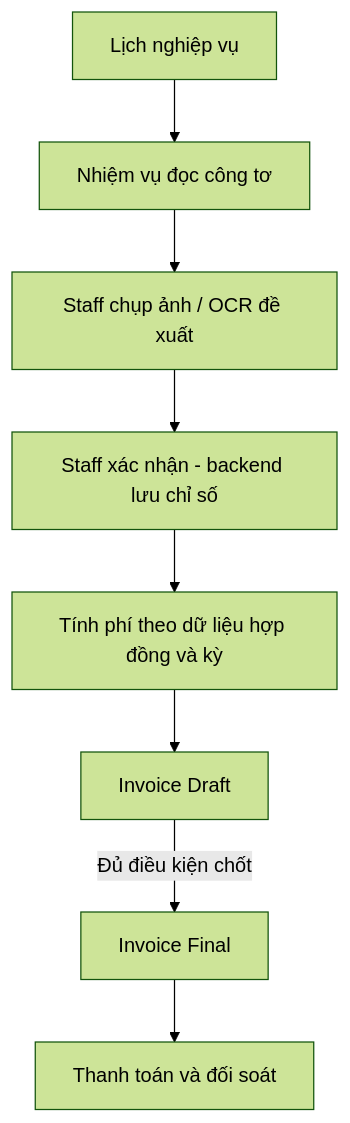
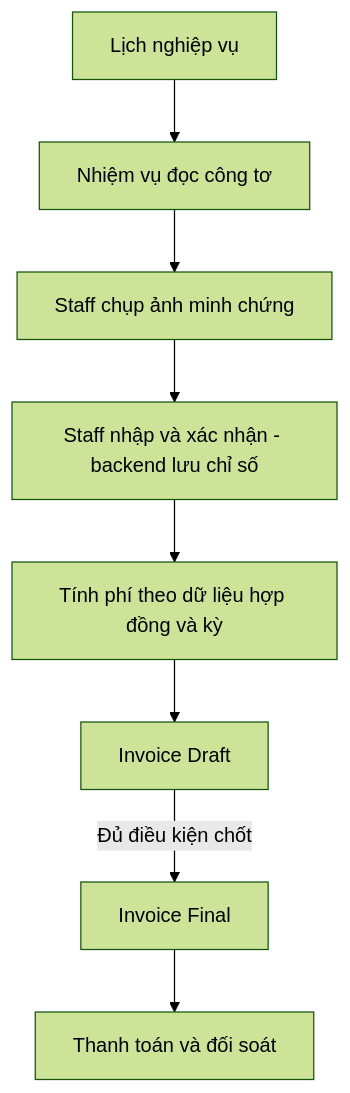
Before and after one commit to nguyenhuy238/SEP490-G92-BHOME: the third of 3 diagrams in docs/business-flows/BACKEND.md, drawn with Mermaid (forest theme). The commit also changed other lines of this file and 100 other files, not shown here.

````diff
--- a/docs/business-flows/BACKEND.md
+++ b/docs/business-flows/BACKEND.md
@@ -109,10 +109,10 @@
 ```mermaid
 flowchart TD
     A[Lịch nghiệp vụ] --> B[Nhiệm vụ đọc công tơ]
-    B --> C[Staff chụp ảnh / OCR đề xuất]
-    C --> D[Staff xác nhận - backend lưu chỉ số]
+    B --> C[Staff chụp ảnh minh chứng]
+    C --> D[Staff nhập và xác nhận - backend lưu chỉ số]
     D --> E[Tính phí theo dữ liệu hợp đồng và kỳ]
     E --> F[Invoice Draft]
     F -->|Đủ điều kiện chốt| G[Invoice Final]
     G --> H[Thanh toán và đối soát]
 ```
````
